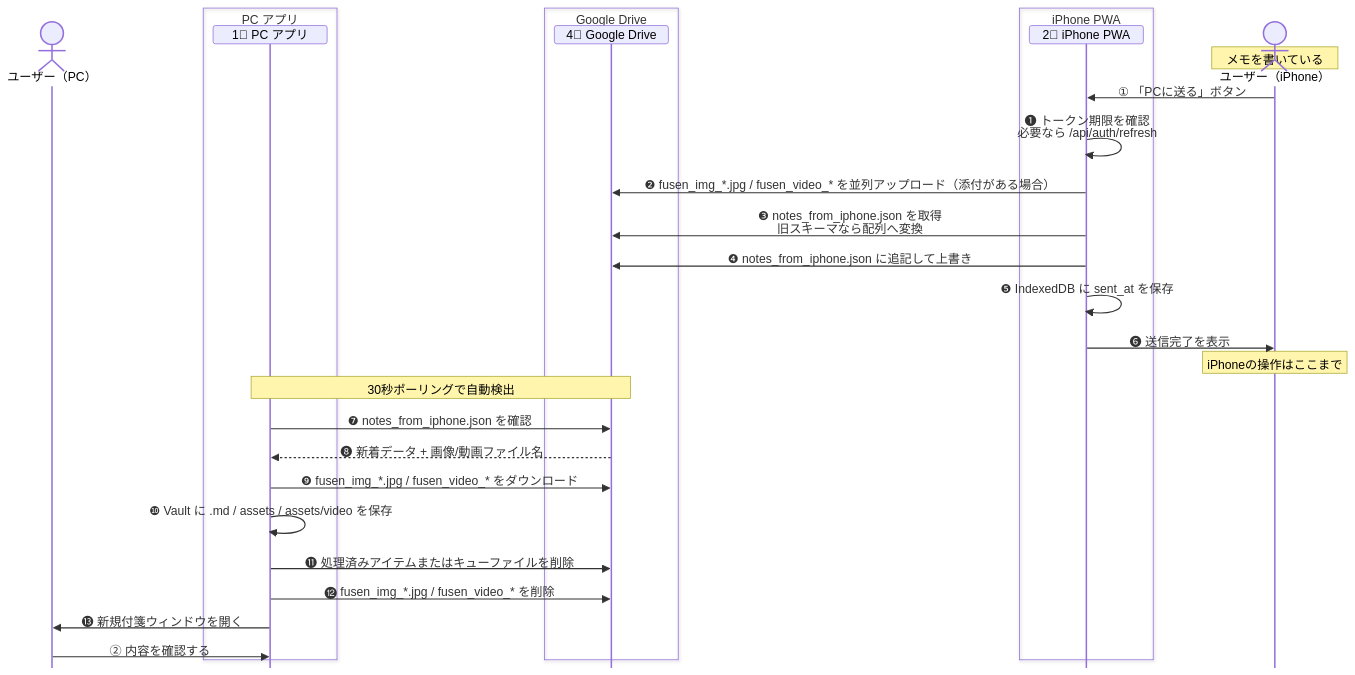
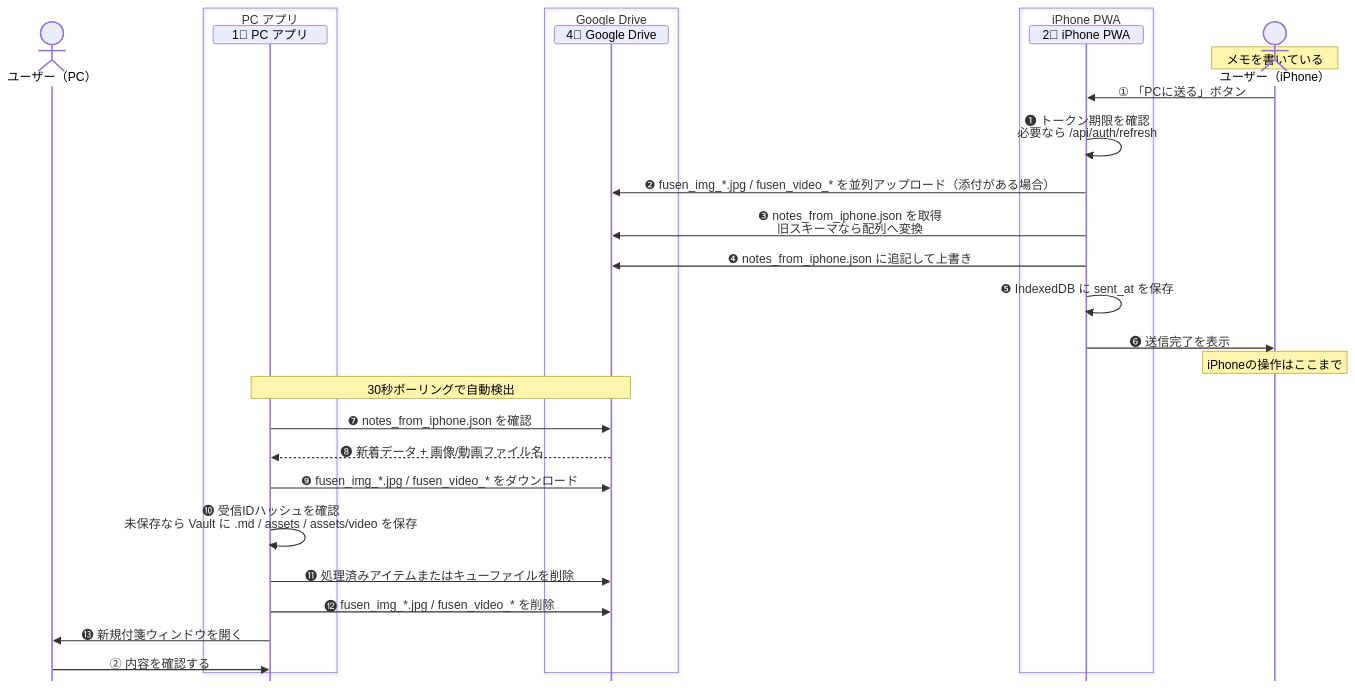
Before and after one commit to ore-no-fusen/ore-no-fusen: the seventh of 9 diagrams in docs-v2/003_IPHONE.md, drawn with Mermaid. The commit also changed other lines of this file and 6 other files, not shown here.

````diff
--- a/docs-v2/003_IPHONE.md
+++ b/docs-v2/003_IPHONE.md
@@ -1015,35 +1015,35 @@
 ```mermaid
 %%{init: {'sequence': {'messageMargin': 8, 'mirrorActors': false, 'height': 24, 'boxMargin': 4, 'noteMargin': 6}}}%%
 sequenceDiagram
     actor UserPC as ユーザー（PC）
     box PC アプリ
         participant PC as 1⃣ PC アプリ
     end
     box Google Drive
         participant Drive as 4⃣ Google Drive
     end
     box iPhone PWA
         participant PWA as 2⃣ iPhone PWA
     end
     actor UserPhone as ユーザー（iPhone）
 
     Note over UserPhone: メモを書いている
     UserPhone->>PWA: ① 「PCに送る」ボタン
     PWA->>PWA: ❶ トークン期限を確認<br>必要なら /api/auth/refresh
     PWA->>Drive: ❷ fusen_img_*.jpg / fusen_video_* を並列アップロード（添付がある場合）
     PWA->>Drive: ❸ notes_from_iphone.json を取得<br>旧スキーマなら配列へ変換
     PWA->>Drive: ❹ notes_from_iphone.json に追記して上書き
     PWA->>PWA: ❺ IndexedDB に sent_at を保存
     PWA->>UserPhone: ❻ 送信完了を表示
     Note over UserPhone: iPhoneの操作はここまで
 
     Note over Drive,PC: 30秒ポーリングで自動検出
     PC->>Drive: ❼ notes_from_iphone.json を確認
     Drive-->>PC: ❽ 新着データ + 画像/動画ファイル名
     PC->>Drive: ❾ fusen_img_*.jpg / fusen_video_* をダウンロード
-    PC->>PC: ❿ Vault に .md / assets / assets/video を保存
+    PC->>PC: ❿ 受信IDハッシュを確認<br>未保存なら Vault に .md / assets / assets/video を保存
     PC->>Drive: ⓫ 処理済みアイテムまたはキューファイルを削除
     PC->>Drive: ⓬ fusen_img_*.jpg / fusen_video_* を削除
     PC->>UserPC: ⓭ 新規付箋ウィンドウを開く
     UserPC->>PC: ② 内容を確認する
 ```
````
